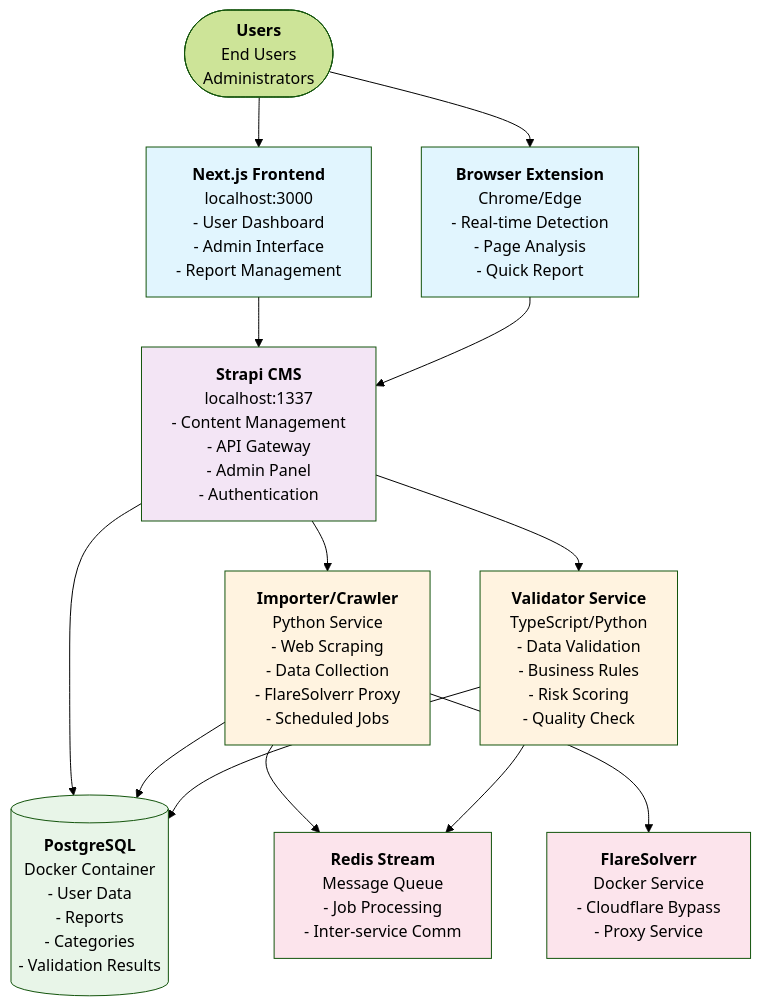
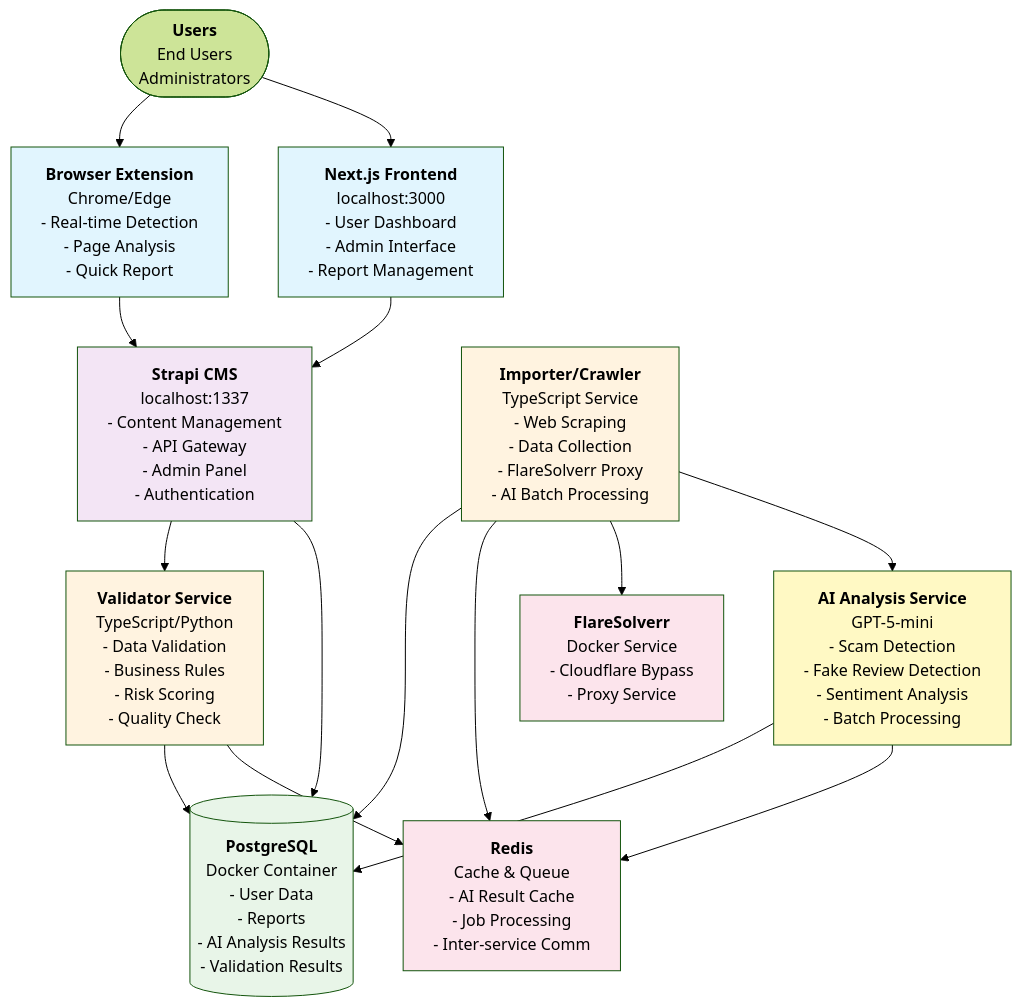
The diagram in README.md (DOS/Rate), drawn with Mermaid (forest theme) before and after one commit. The commit also changed other lines of this file, not shown here.

````diff
--- a/README.md
+++ b/README.md
@@ -11,56 +11,64 @@
 ```mermaid
 graph TB
     %% User Interfaces
     UI["`**Next.js Frontend**<br/>localhost:3000<br/>- User Dashboard<br/>- Admin Interface<br/>- Report Management`"]
     EXT["`**Browser Extension**<br/>Chrome/Edge<br/>- Real-time Detection<br/>- Page Analysis<br/>- Quick Report`"]
 
     %% Core Platform
     STRAPI["`**Strapi CMS**<br/>localhost:1337<br/>- Content Management<br/>- API Gateway<br/>- Admin Panel<br/>- Authentication`"]
 
+    %% AI Service
+    AI["`**AI Analysis Service**<br/>GPT-5-mini<br/>- Scam Detection<br/>- Fake Review Detection<br/>- Sentiment Analysis<br/>- Batch Processing`"]
+
     %% Database
-    DB[("`**PostgreSQL**<br/>Docker Container<br/>- User Data<br/>- Reports<br/>- Categories<br/>- Validation Results`")]
+    DB[("`**PostgreSQL**<br/>Docker Container<br/>- User Data<br/>- Reports<br/>- AI Analysis Results<br/>- Validation Results`")]
 
     %% Services
-    CRAWLER["`**Importer/Crawler**<br/>Python Service<br/>- Web Scraping<br/>- Data Collection<br/>- FlareSolverr Proxy<br/>- Scheduled Jobs`"]
+    CRAWLER["`**Importer/Crawler**<br/>TypeScript Service<br/>- Web Scraping<br/>- Data Collection<br/>- FlareSolverr Proxy<br/>- AI Batch Processing`"]
 
     VALIDATOR["`**Validator Service**<br/>TypeScript/Python<br/>- Data Validation<br/>- Business Rules<br/>- Risk Scoring<br/>- Quality Check`"]
 
     %% External Services
     FLARE["`**FlareSolverr**<br/>Docker Service<br/>- Cloudflare Bypass<br/>- Proxy Service`"]
 
-    REDIS["`**Redis Stream**<br/>Message Queue<br/>- Job Processing<br/>- Inter-service Comm`"]
+    REDIS["`**Redis**<br/>Cache & Queue<br/>- AI Result Cache<br/>- Job Processing<br/>- Inter-service Comm`"]
 
     %% User Flow
     USER(["`**Users**<br/>End Users<br/>Administrators`"])
 
     %% Connections
     USER --> UI
     USER --> EXT
 
     UI --> STRAPI
     EXT --> STRAPI
 
     STRAPI --> DB
     STRAPI --> VALIDATOR
-    STRAPI --> CRAWLER
-
+    
+    CRAWLER --> AI
     CRAWLER --> FLARE
     CRAWLER --> REDIS
     CRAWLER --> DB
+
+    AI --> REDIS
+    AI --> DB
 
     VALIDATOR --> REDIS
     VALIDATOR --> DB
 
     %% Styling
     classDef frontend fill:#e1f5fe
     classDef backend fill:#f3e5f5
     classDef database fill:#e8f5e8
     classDef service fill:#fff3e0
     classDef external fill:#fce4ec
+    classDef ai fill:#fff9c4
 
     class UI,EXT frontend
     class STRAPI backend
     class DB database
     class CRAWLER,VALIDATOR service
     class FLARE,REDIS external
+    class AI ai
 ```
````
